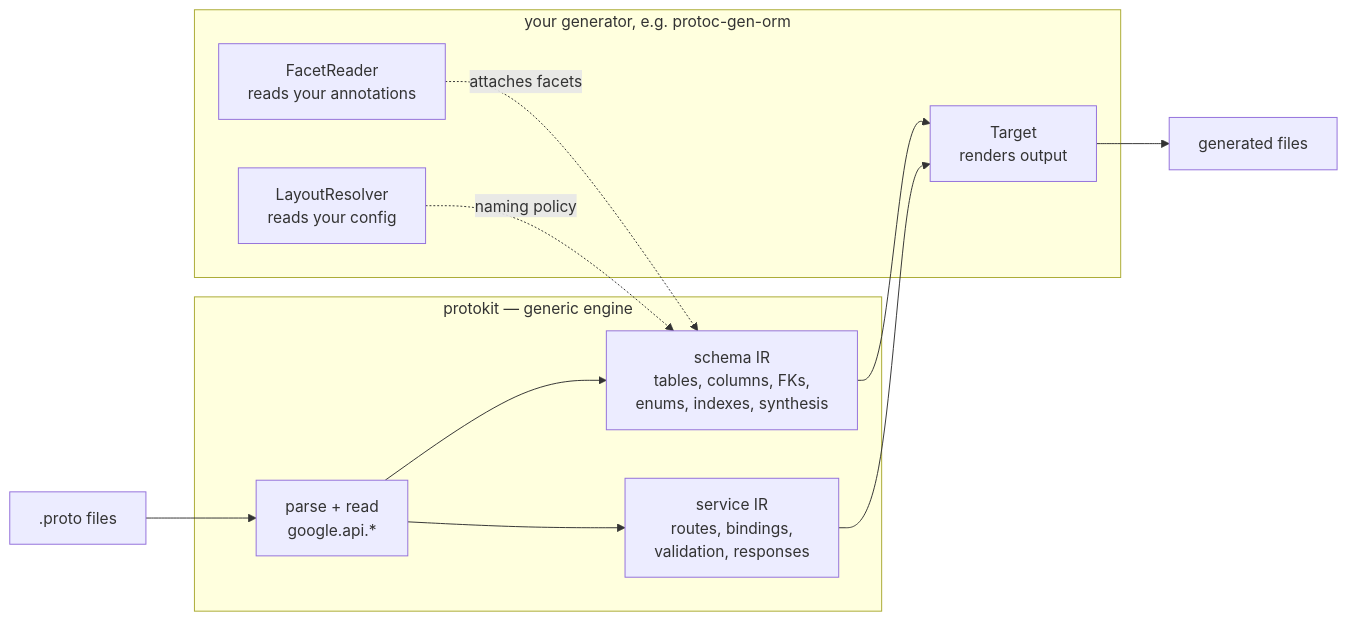
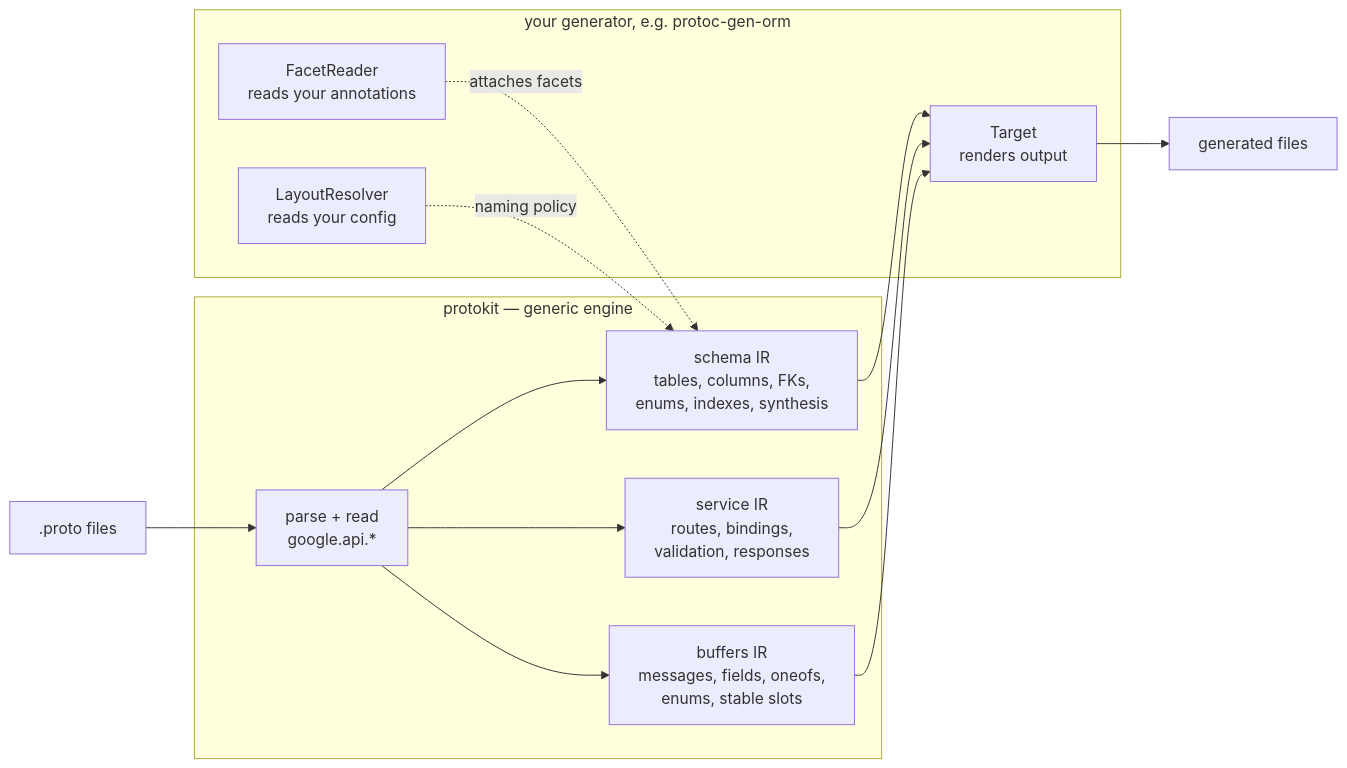
The first of 3 diagrams in README.md (the-protobuf-project/protokit), drawn with Mermaid before and after one commit. The commit also changed other lines of this file and 35 other files, not shown here.

First line of the commit message:
feat(buffers): add a message-graph IR for serialization schema

````diff
--- a/README.md
+++ b/README.md
@@ -33,18 +37,20 @@
 ```mermaid
 flowchart LR
     P[".proto files"] --> AIP
     subgraph K["protokit — generic engine"]
         AIP["parse + read<br/>google.api.*"] --> IR["schema IR<br/>tables, columns, FKs,<br/>enums, indexes, synthesis"]
         AIP --> SIR["service IR<br/>routes, bindings,<br/>validation, responses"]
+        AIP --> BIR["buffers IR<br/>messages, fields, oneofs,<br/>enums, stable slots"]
     end
     subgraph Author["your generator, e.g. protoc-gen-orm"]
         R["FacetReader<br/>reads your annotations"]
         L["LayoutResolver<br/>reads your config"]
         T["Target<br/>renders output"]
     end
     R -.->|attaches facets| IR
     L -.->|naming policy| IR
     IR --> T
     SIR --> T
+    BIR --> T
     T --> OUT["generated files"]
 ```
````
